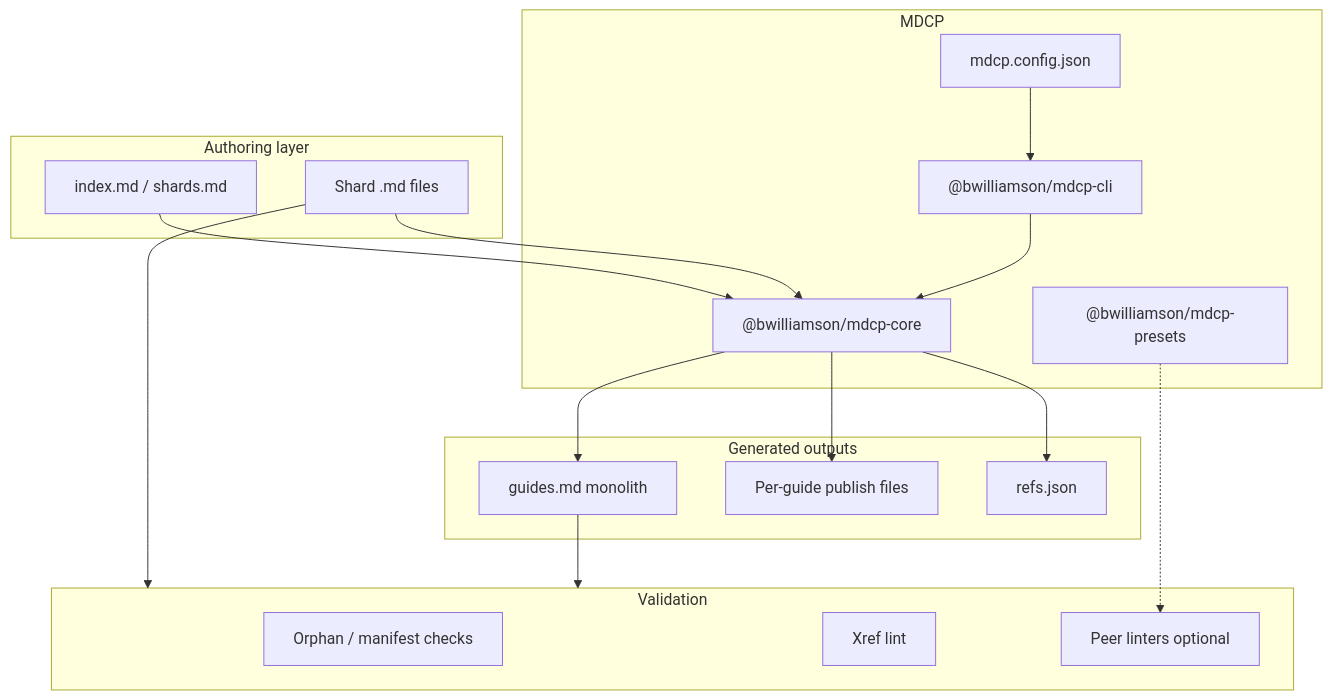
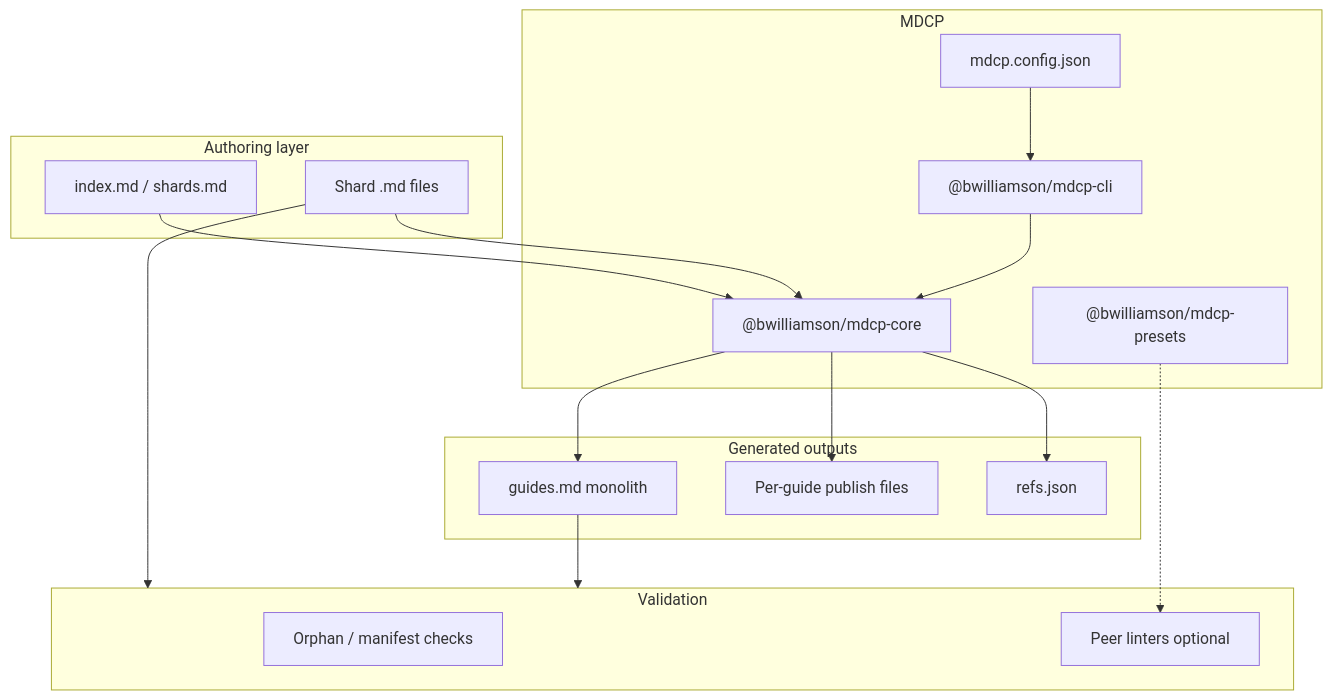
The diagram in docs/features/overview.md (betsalel-williamson/mdcp), drawn with Mermaid before and after one commit. The commit also changed other lines of this file and 91 other files, not shown here.

````diff
--- a/docs/features/overview.md
+++ b/docs/features/overview.md
@@ -52,37 +52,36 @@
 ```mermaid
 flowchart TB
   subgraph author["Authoring layer"]
     shards["Shard .md files"]
     index["index.md / shards.md"]
   end
 
   subgraph mdcp["MDCP"]
     cli["@bwilliamson/mdcp-cli"]
     core["@bwilliamson/mdcp-core"]
     presets["@bwilliamson/mdcp-presets"]
     config["mdcp.config.json"]
   end
 
   subgraph outputs["Generated outputs"]
     monolith["guides.md monolith"]
     publish["Per-guide publish files"]
     refs["refs.json"]
   end
 
   subgraph validate["Validation"]
     orphans["Orphan / manifest checks"]
-    xrefs["Xref lint"]
     peers["Peer linters optional"]
   end
 
   config --> cli
   cli --> core
   presets -.-> peers
   shards --> core
   index --> core
   core --> monolith
   core --> publish
   core --> refs
   monolith --> validate
   shards --> validate
 ```
````
